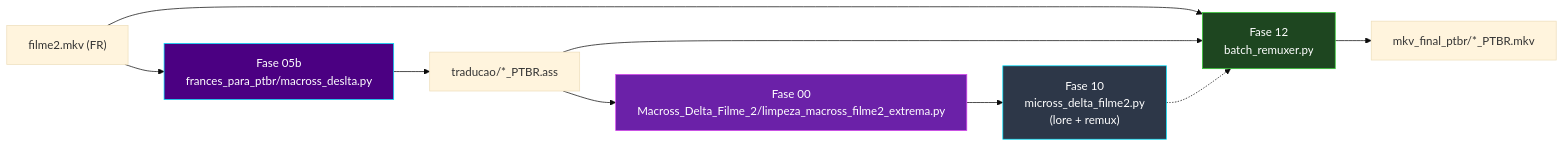
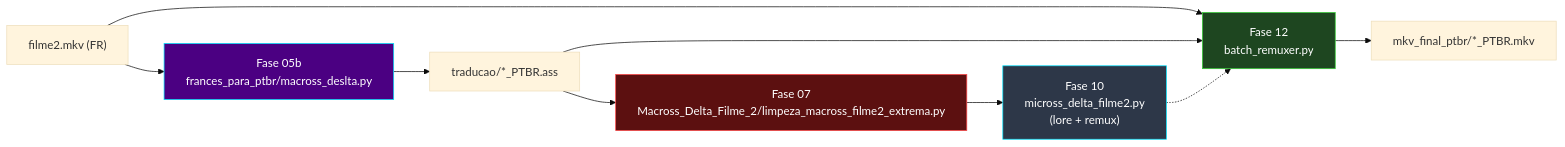
One commit to carmipa/projeto-tracker-animes-traducao changed the sixth of 15 diagrams in docs/arquitetura.md. Above: the diagram before and after it, drawn with Mermaid (base theme). The commit also changed other lines of this file and 38 other files, not shown here.

````diff
--- a/docs/arquitetura.md
+++ b/docs/arquitetura.md
@@ -239,16 +239,16 @@
 ```mermaid
 flowchart LR
     E_MKV["filme2.mkv (FR)"] --> E_F05B["Fase 05b<br/>frances_para_ptbr/macross_deslta.py"]
     E_F05B --> E_ASS["traducao/*_PTBR.ass"]
-    E_ASS --> E_HYG["Fase 00<br/>Macross_Delta_Filme_2/limpeza_macross_filme2_extrema.py"]
-    E_HYG --> E_F10["Fase 10<br/>micross_delta_filme2.py<br/>(lore + remux)"]
+    E_ASS --> E_F07["Fase 07<br/>Macross_Delta_Filme_2/limpeza_macross_filme2_extrema.py"]
+    E_F07 --> E_F10["Fase 10<br/>micross_delta_filme2.py<br/>(lore + remux)"]
     E_MKV --> E_F12["Fase 12<br/>batch_remuxer.py"]
     E_ASS --> E_F12
     E_F10 -.-> E_F12
     E_F12 --> E_OUT["mkv_final_ptbr/*_PTBR.mkv"]
 
     style E_F05B fill:#4B0082,stroke:#00E5FF,color:#fff
-    style E_HYG fill:#6b21a8,stroke:#d946ef,color:#fff
+    style E_F07 fill:#5c1010,stroke:#ff4444,color:#fff
     style E_F10 fill:#2d3748,stroke:#00E5FF,color:#fff
     style E_F12 fill:#1e4620,stroke:#32CD32,color:#fff
 ```
````
